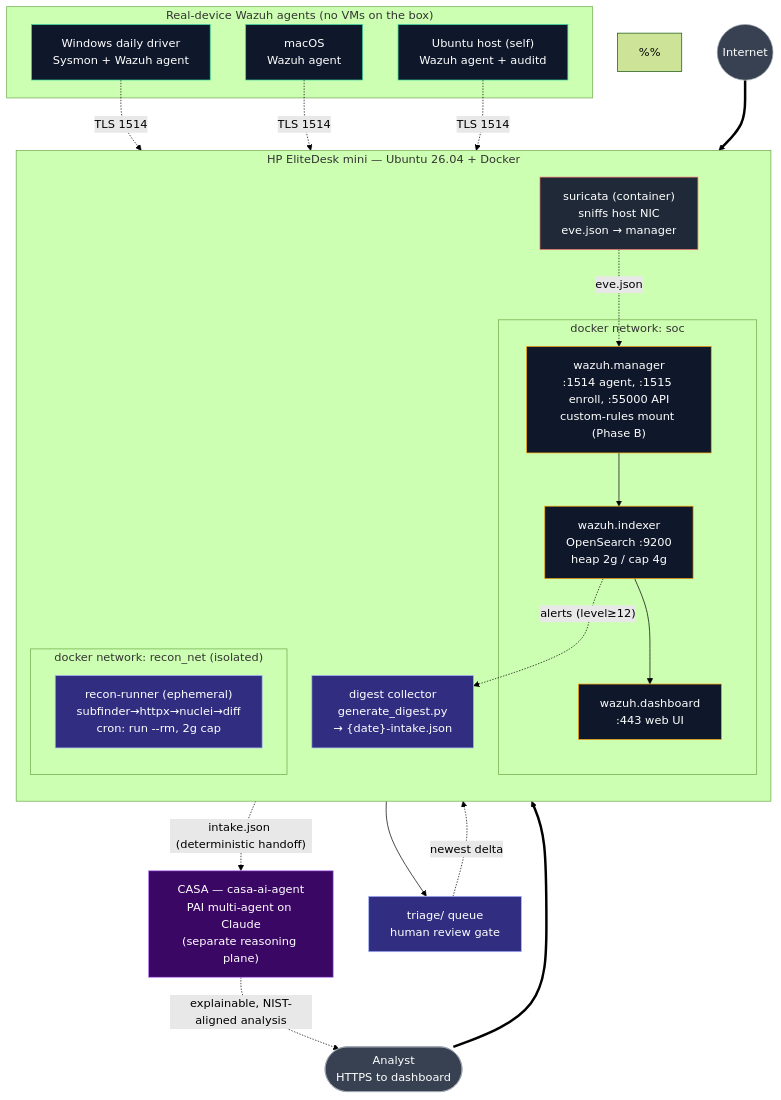
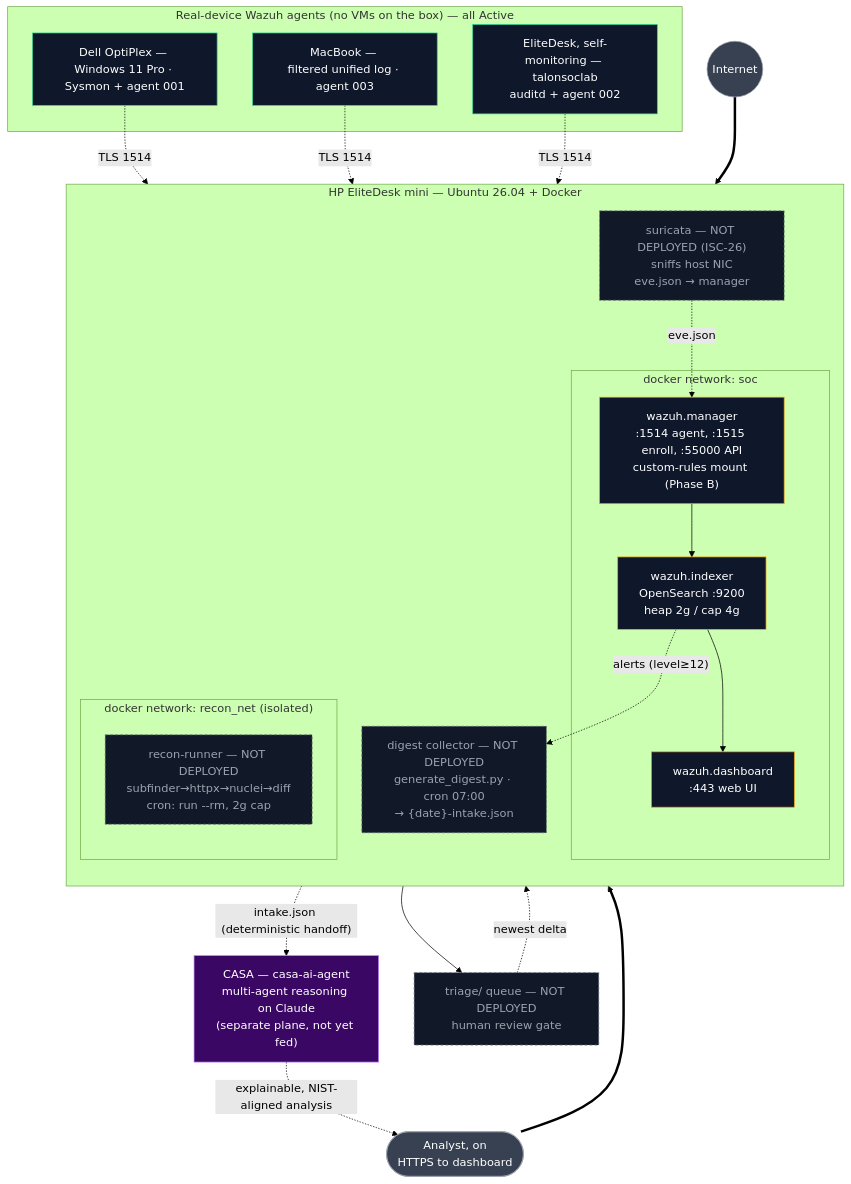
Before and after one commit to ktalons/talonsoclab: the diagram in phase-a-foundation/architecture.mmd, drawn with Mermaid (forest theme).

Commit message:
docs: correct architecture.mmd to what is actually deployed
The container diagram calls itself the source of truth for the stack, but
drew suricata, recon-runner, digest and triage as live architecture. None
of them are running: no suricata service in compose, no recon image ever
built, no crontab, no /opt/soc-recon, no systemd timers. ISC-26 is still
open and agrees.

Those four now use the grey dashed `planned` treatment that
network-topology.mmd already uses for the Dell and the Pi, plus explicit
NOT DEPLOYED labels. The running stack keeps its coloured borders, so the
built work and the designed work are distinguishable at a glance.

Endpoint nodes were stale in a way the ISA had already corrected: the
Windows endpoint is the Dell OptiPlex (<WIN-HOST>), not a "daily
driver" -- that phrasing predated the hardware pivot, and the MacBook is
the only daily workstation. All three now name host, OS and agent ID.

Also adds the legend the file never had despite using three edge styles,
and drops a bare `%%` line that mermaid parsed as a node rather than a
comment.

```diff
--- a/phase-a-foundation/architecture.mmd
+++ b/phase-a-foundation/architecture.mmd
@@ -1,71 +1,72 @@
 flowchart TB
 %% TalonSocLab — Phase A Foundation SOC Stack (docker-compose edition)
 %% Single source of truth for the container topology + data flow.
 %% Companion: network-topology.mmd holds the physical / L2 network (router, switch, rack).
 %% Host: HP EliteDesk mini (6-core i5, 16 GB, 256 GB NVMe) — OWNED outright.
 %% Substrate: Ubuntu Server 26.04 LTS bare-metal + Docker (no Proxmox).
-%%
+%% Legend: solid = running now · dashed edge = telemetry / handoff · grey dashed node = not deployed
+%% Deployment status verified on the box 2026-07-29: indexer, manager, dashboard and all three
+%%   agents are up. Suricata, recon-runner, digest and triage exist in the repo but are NOT
+%%   running — no suricata service in compose, no recon image built, no cron installed.
 %% PIVOT NOTE: this replaced an earlier Proxmox/pfSense/VLAN topology. It trades
 %%   network realism (pfSense, VLANs, Windows endpoint VMs) for portability +
 %%   detection breadth.
 %% Endpoints are Wazuh agents on REAL devices, not VMs — keeps the 16 GB budget clear.
 
     Internet((Internet))
 
     subgraph Host["HP EliteDesk mini — Ubuntu 26.04 + Docker"]
         direction TB
 
         subgraph SocNet["docker network: soc"]
             Indexer["wazuh.indexer<br/>OpenSearch :9200<br/>heap 2g / cap 4g"]
             Manager["wazuh.manager<br/>:1514 agent, :1515 enroll, :55000 API<br/>custom-rules mount (Phase B)"]
             Dashboard["wazuh.dashboard<br/>:443 web UI"]
         end
 
-        Suricata["suricata (container)<br/>sniffs host NIC<br/>eve.json → manager"]
+        Suricata["suricata — NOT DEPLOYED (ISC-26)<br/>sniffs host NIC<br/>eve.json → manager"]
 
         subgraph ReconNet["docker network: recon_net (isolated)"]
-            Recon["recon-runner (ephemeral)<br/>subfinder→httpx→nuclei→diff<br/>cron: run --rm, 2g cap"]
+            Recon["recon-runner — NOT DEPLOYED<br/>subfinder→httpx→nuclei→diff<br/>cron: run --rm, 2g cap"]
         end
 
-        Digest["digest collector<br/>generate_digest.py<br/>→ {date}-intake.json"]
+        Digest["digest collector — NOT DEPLOYED<br/>generate_digest.py · cron 07:00<br/>→ {date}-intake.json"]
     end
 
-    subgraph Endpoints["Real-device Wazuh agents (no VMs on the box)"]
-        Win["Windows daily driver<br/>Sysmon + Wazuh agent"]
-        Mac["macOS<br/>Wazuh agent"]
-        UbuntuHost["Ubuntu host (self)<br/>Wazuh agent + auditd"]
+    subgraph Endpoints["Real-device Wazuh agents (no VMs on the box) — all Active"]
+        Win["Dell OptiPlex — <WIN-HOST><br/>Windows 11 Pro · Sysmon + agent 001"]
+        Mac["MacBook — <MAC-HOST><br/>filtered unified log · agent 003"]
+        UbuntuHost["EliteDesk, self-monitoring — talonsoclab<br/>auditd + agent 002"]
     end
 
-    Analyst(["Analyst<br/>HTTPS to dashboard"])
-    CASA["CASA — casa-ai-agent<br/>PAI multi-agent on Claude<br/>(separate reasoning plane)"]
-    Triage["triage/ queue<br/>human review gate"]
+    Analyst(["Analyst, on <MAC-HOST><br/>HTTPS to dashboard"])
+    CASA["CASA — casa-ai-agent<br/>multi-agent reasoning on Claude<br/>(separate plane, not yet fed)"]
+    Triage["triage/ queue — NOT DEPLOYED<br/>human review gate"]
 
     Internet ==> Host
     Win  -. "TLS 1514" .-> Manager
     Mac  -. "TLS 1514" .-> Manager
     UbuntuHost -. "TLS 1514" .-> Manager
     Suricata -. "eve.json" .-> Manager
 
     Manager --> Indexer
     Indexer --> Dashboard
     Analyst ==> Dashboard
 
     Recon --> Triage
     Indexer -. "alerts (level≥12)" .-> Digest
     Triage  -. "newest delta" .-> Digest
     Digest -. "intake.json (deterministic handoff)" .-> CASA
     CASA -. "explainable, NIST-aligned analysis" .-> Analyst
 
     classDef soc fill:#0f172a,stroke:#f59e0b,color:#fff
-    classDef ids fill:#1f2937,stroke:#f87171,color:#fff
     classDef ep fill:#0f172a,stroke:#34d399,color:#fff
     classDef ext fill:#374151,stroke:#9ca3af,color:#fff
-    classDef recon fill:#312e81,stroke:#a5b4fc,color:#fff
     classDef casa fill:#3b0764,stroke:#c084fc,color:#fff
+    classDef planned fill:#111827,stroke:#6b7280,color:#9ca3af,stroke-dasharray:4 3
 
     class Indexer,Manager,Dashboard soc
-    class Suricata ids
     class Win,Mac,UbuntuHost ep
     class Internet,Analyst ext
-    class Recon,Digest,Triage recon
+    class Suricata,Recon,Digest,Triage planned
     class CASA casa
```
